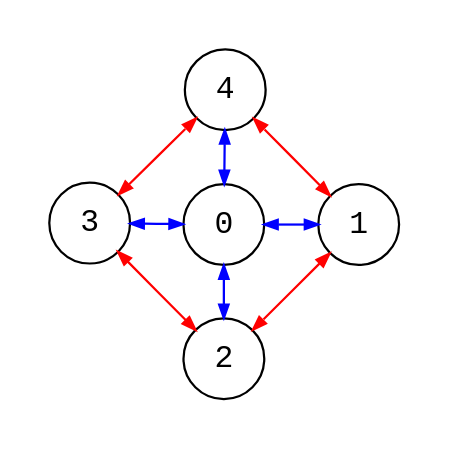
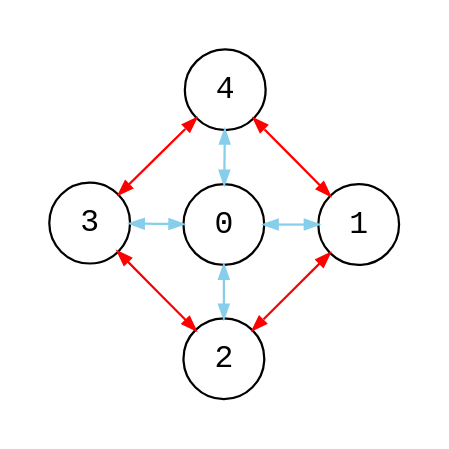
One commit to bsdrks/graaf-images changed the diagram in src/union_union_1-0.88.4.dot. Above: the diagram before and after it, drawn with Graphviz. The commit also changed 27 other files, not shown here.

Commit message:
fix bryr_3, change blue to skyblue

```diff
--- a/src/union_union_1-0.88.4.dot
+++ b/src/union_union_1-0.88.4.dot
@@ -1,27 +1,27 @@
 digraph {
     node [
         fixedsize=true;
         fontname="monospace";
         shape=circle;
         width="0.5";
     ];
 
     edge [
         arrowsize=0.6;
     ];
 
     layout=neato;
     mode="sgd";
     maxiter=10000;
     normalize=true;
     pad=0.2;
 
-    0 -> 1 [dir=both; color=blue];
-    0 -> 2 [dir=both; color=blue];
-    0 -> 3 [dir=both; color=blue];
-    0 -> 4 [dir=both; color=blue];
+    0 -> 1 [dir=both; color=skyblue];
+    0 -> 2 [dir=both; color=skyblue];
+    0 -> 3 [dir=both; color=skyblue];
+    0 -> 4 [dir=both; color=skyblue];
     1 -> 2 [dir=both; color=red];
     1 -> 4 [dir=both; color=red];
     2 -> 3 [dir=both; color=red];
     3 -> 4 [dir=both; color=red];
 }
```
